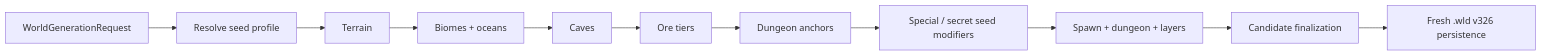
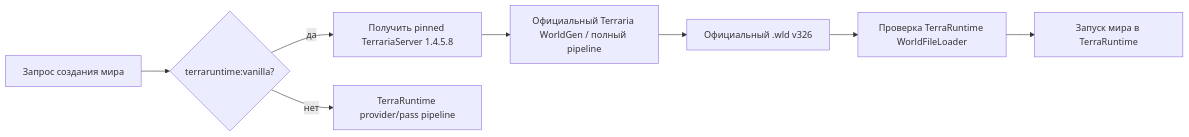
One commit to VegaKernel/TerraRuntime changed the diagram in docs/ru/vanilla-world-generation.md. Above: the diagram before and after it, drawn with Mermaid. The commit also changed other lines of this file and 7 other files, not shown here.

First line of the commit message:
feat: route vanilla creation through official 1.4.5.8 worldgen

````diff
--- a/docs/ru/vanilla-world-generation.md
+++ b/docs/ru/vanilla-world-generation.md
@@ -14,13 +9,10 @@
 ```mermaid
 flowchart LR
-    Request["WorldGenerationRequest"] --> Resolve["Resolve seed profile"]
-    Resolve --> Terrain["Terrain"]
-    Terrain --> Biomes["Biomes + oceans"]
-    Biomes --> Caves["Caves"]
-    Caves --> Ores["Ore tiers"]
-    Ores --> Dungeon["Dungeon anchors"]
-    Dungeon --> Secrets["Special / secret seed modifiers"]
-    Secrets --> Metadata["Spawn + dungeon + layers"]
-    Metadata --> Finalize["Candidate finalization"]
-    Finalize --> Wld["Fresh .wld v326 persistence"]
+    Request["Запрос создания мира"] --> Select{"terraruntime:vanilla?"}
+    Select -->|да| Resolve["Получить pinned TerrariaServer 1.4.5.8"]
+    Resolve --> Official["Официальный Terraria WorldGen / полный pipeline"]
+    Official --> Wld["Официальный .wld v326"]
+    Wld --> Validate["Проверка TerraRuntime WorldFileLoader"]
+    Validate --> Start["Запуск мира в TerraRuntime"]
+    Select -->|нет| Provider["TerraRuntime provider/pass pipeline"]
 ```
````
